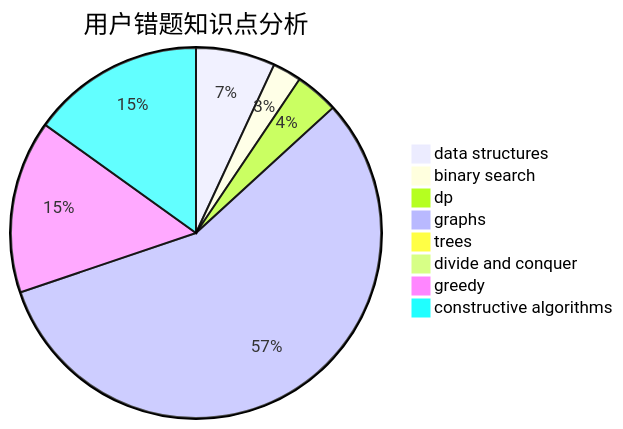
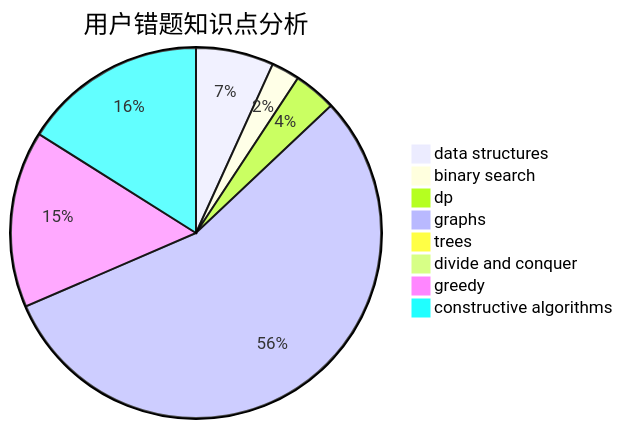
The third of 3 diagrams in docs/user/u797.md (sherpahu/cfrs.github.io), drawn with Mermaid before and after one commit. The commit also changed other lines of this file and 2770 other files, not shown here.

````diff
--- a/docs/user/u797.md
+++ b/docs/user/u797.md
@@ -36,11 +36,11 @@
 ```mermaid
 pie title 用户错题知识点分析
     "data structures" :  11
     "binary search" :  4
     "dp" :  6
     "graphs" :  90
     "trees" :  0
     "divide and conquer" :  0
-    "greedy" :  24
-    "constructive algorithms" :  24
+    "greedy" :  25
+    "constructive algorithms" :  26
 ```
````
